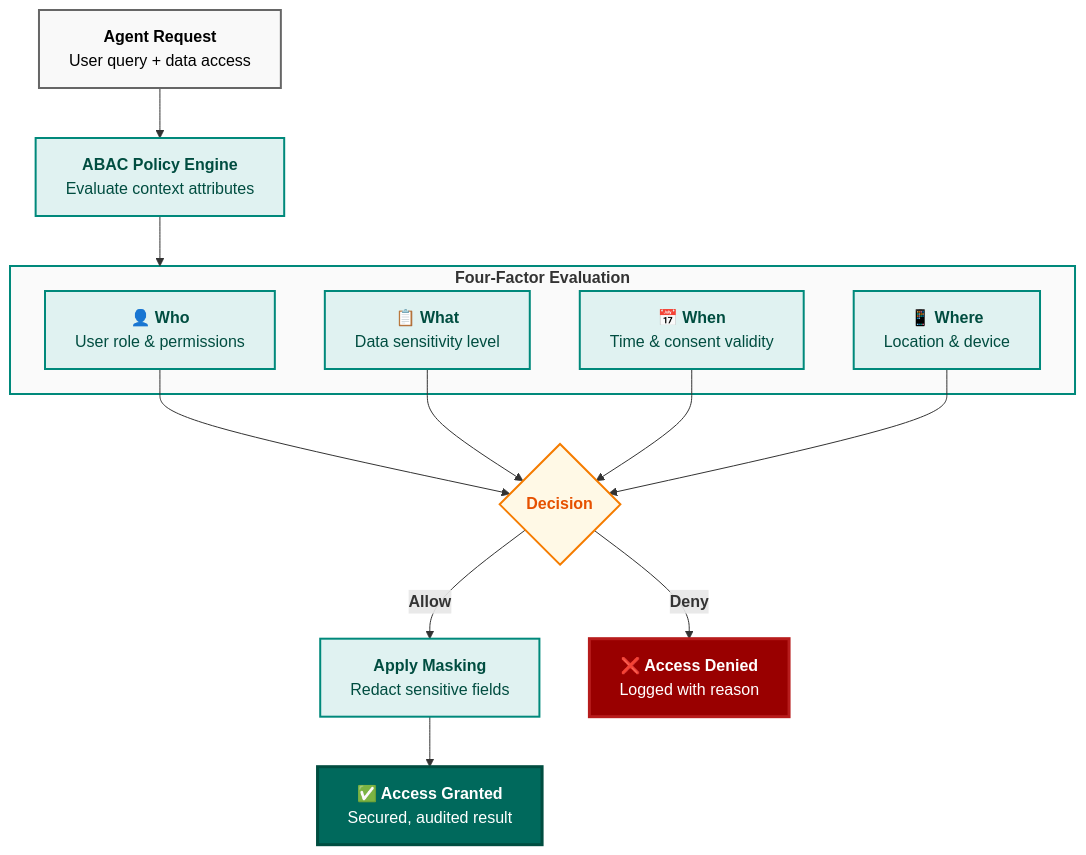
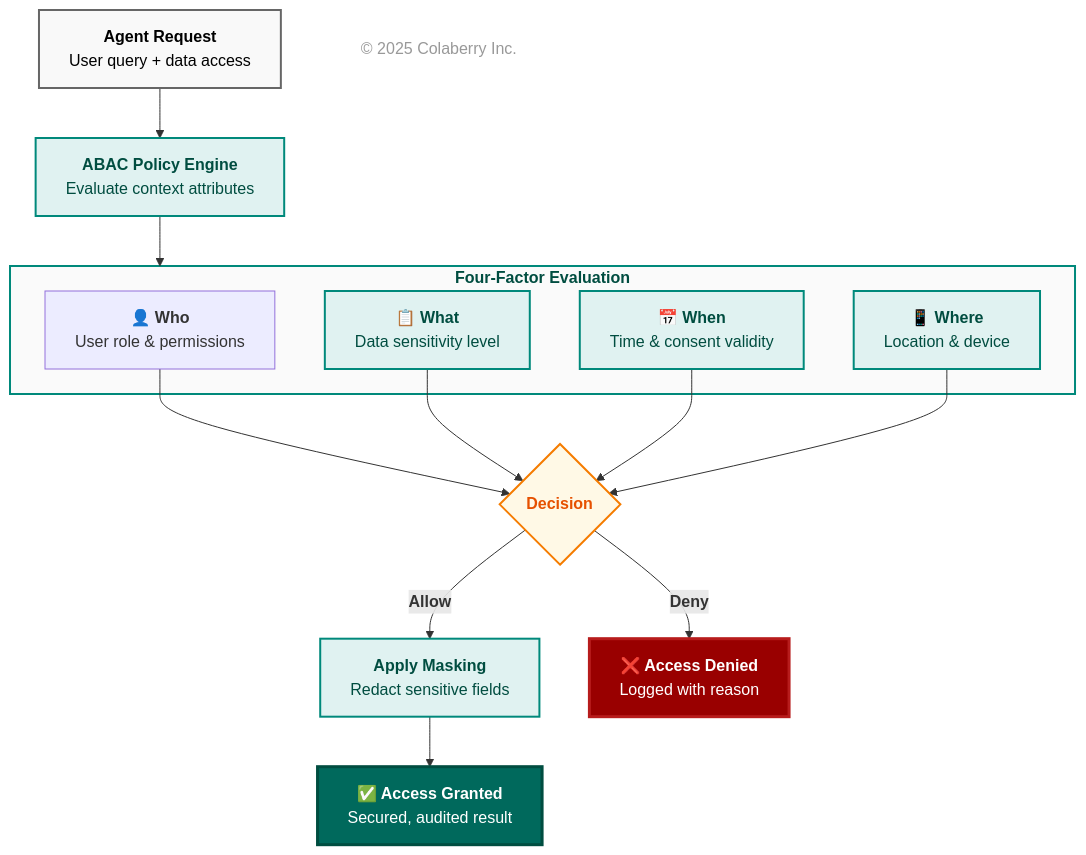
One commit to colaberry/enterprise-data-readiness-ai-agents changed the ninth of 16 diagrams in chapter-01/chapter_1_complete.md. Above: the diagram before and after it, drawn with Mermaid. The commit also changed other lines of this file, not shown here.

````diff
--- a/chapter-01/chapter_1_complete.md
+++ b/chapter-01/chapter_1_complete.md
@@ -1278,43 +1315,47 @@
 ```mermaid
 graph TB
     REQ["<b>Agent Request</b><br/>User query + data access"]
     
     POL["<b>ABAC Policy Engine</b><br/>Evaluate context attributes"]
     
     subgraph eval["<b>Four-Factor Evaluation</b>"]
         WHO["<b>👤 Who</b><br/>User role & permissions"]
         WHAT["<b>📋 What</b><br/>Data sensitivity level"]
         WHEN["<b>📅 When</b><br/>Time & consent validity"]
         WHERE["<b>📱 Where</b><br/>Location & device"]
     end
     
     DEC{<b>Decision</b>}
     
     MASK["<b>Apply Masking</b><br/>Redact sensitive fields"]
     
     ALLOW["<b>✅ Access Granted</b><br/>Secured, audited result"]
     
     DENY["<b>❌ Access Denied</b><br/>Logged with reason"]
     
     REQ --> POL
     POL --> eval
     WHO --> DEC
     WHAT --> DEC
     WHEN --> DEC
     WHERE --> DEC
     DEC -->|"<b>Allow</b>"| MASK
     DEC -->|"<b>Deny</b>"| DENY
     MASK --> ALLOW
     
     style REQ fill:#f9f9f9,stroke:#666666,stroke-width:2px,color:#000000
     style POL fill:#e0f2f1,stroke:#00897b,stroke-width:2px,color:#004d40
-    style eval fill:#fafafa,stroke:#00897b,stroke-width:2px
-    style WHO fill:#e0f2f1,stroke:#00897b,stroke-width:2px,color:#004d40
+    style eval fill:#fafafa,stroke:#00897b,stroke-width:2px,color:#000000    style WHO fill:#e0f2f1,stroke:#00897b,stroke-width:2px,color:#004d40
     style WHAT fill:#e0f2f1,stroke:#00897b,stroke-width:2px,color:#004d40
     style WHEN fill:#e0f2f1,stroke:#00897b,stroke-width:2px,color:#004d40
     style WHERE fill:#e0f2f1,stroke:#00897b,stroke-width:2px,color:#004d40
     style DEC fill:#fff9e6,stroke:#f57c00,stroke-width:2px,color:#e65100
     style MASK fill:#e0f2f1,stroke:#00897b,stroke-width:2px,color:#004d40
     style ALLOW fill:#00695c,color:#ffffff,stroke:#004d40,stroke-width:3px
+
+    %% Copyright Notice
+    CR["© 2025 Colaberry Inc."]
+
     style DENY fill:#990000,color:#ffffff,stroke:#b71c1c,stroke-width:3px
+    style CR fill:none,stroke:none,color:#999999
 ```
````
